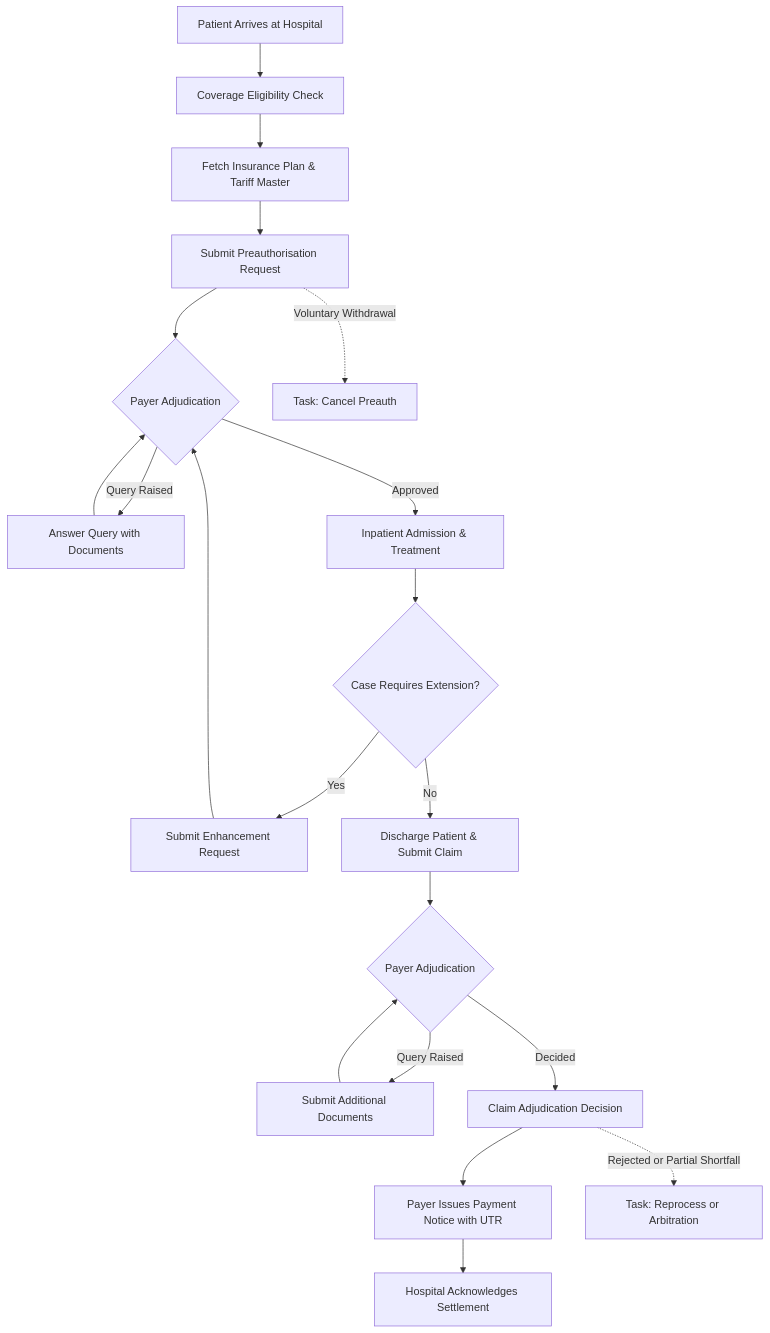
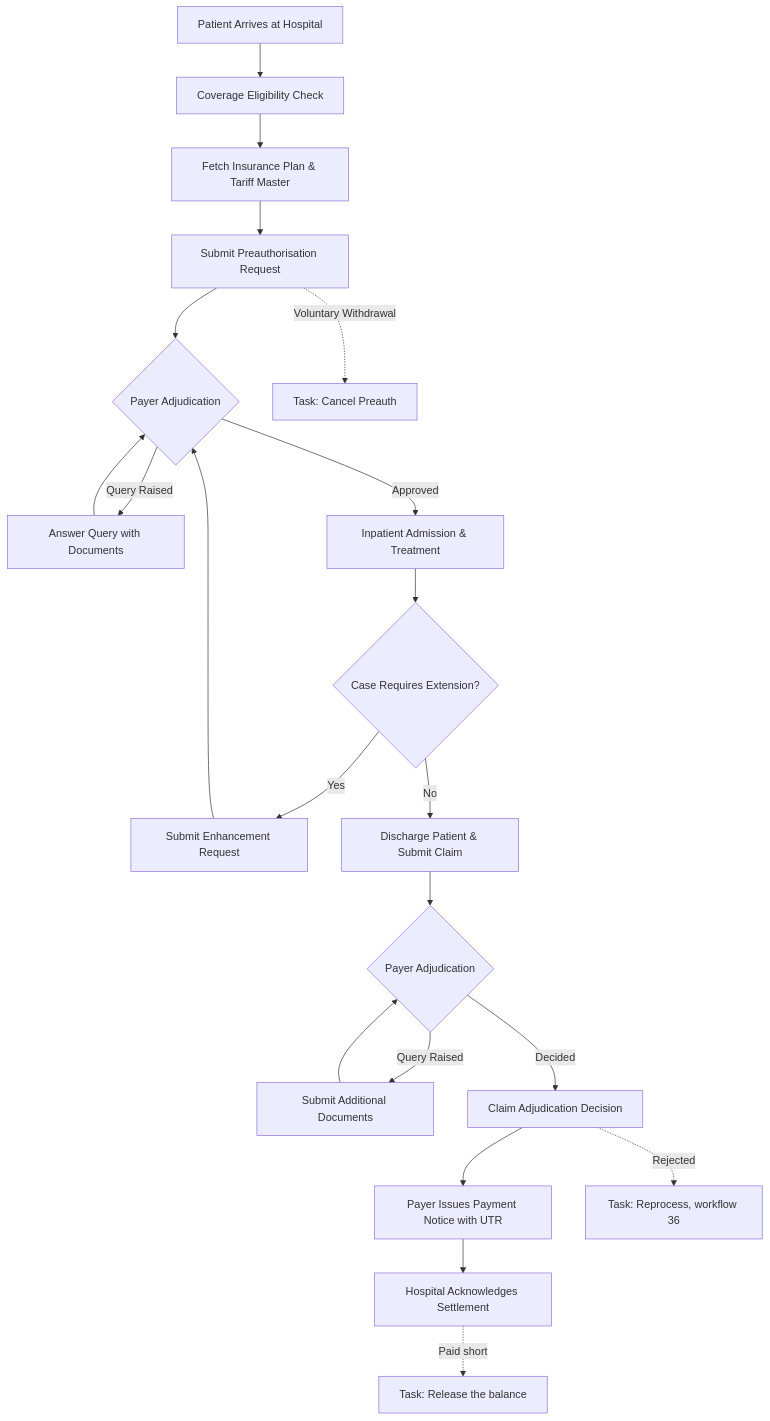
The second of 2 diagrams in docs/01-Overview/02-How Claims Move on NHCX.md (nha-in/nhcx-package), drawn with Mermaid before and after one commit. The commit also changed other lines of this file and 2377 other files, not shown here.

````diff
--- a/docs/01-Overview/02-How Claims Move on NHCX.md
+++ b/docs/01-Overview/02-How Claims Move on NHCX.md
@@ -116,21 +116,22 @@
 ```mermaid
 flowchart TD
 
   A[Patient Arrives at Hospital] --> B[Coverage Eligibility Check]
   B --> C[Fetch Insurance Plan & Tariff Master]
   C --> D[Submit Preauthorisation Request]
   D --> Q1{Payer Adjudication}
   Q1 -- Query Raised --> D3[Answer Query with Documents] --> Q1
   Q1 -- Approved --> E[Inpatient Admission & Treatment]
   E --> E2{Case Requires Extension?}
   E2 -- Yes --> F[Submit Enhancement Request] --> Q1
   E2 -- No --> G[Discharge Patient & Submit Claim]
   G --> Q2{Payer Adjudication}
   Q2 -- Query Raised --> G3[Submit Additional Documents] --> Q2
   Q2 -- Decided --> H[Claim Adjudication Decision]
   H --> I[Payer Issues Payment Notice with UTR]
   I --> J[Hospital Acknowledges Settlement]
-  H -. Rejected or Partial Shortfall .-> K["Task: Reprocess or Arbitration"]
+  H -. Rejected .-> K["Task: Reprocess, workflow 36"]
+  J -. Paid short .-> K2["Task: Release the balance"]
   D -. Voluntary Withdrawal .-> L["Task: Cancel Preauth"]
 
 ```
````
